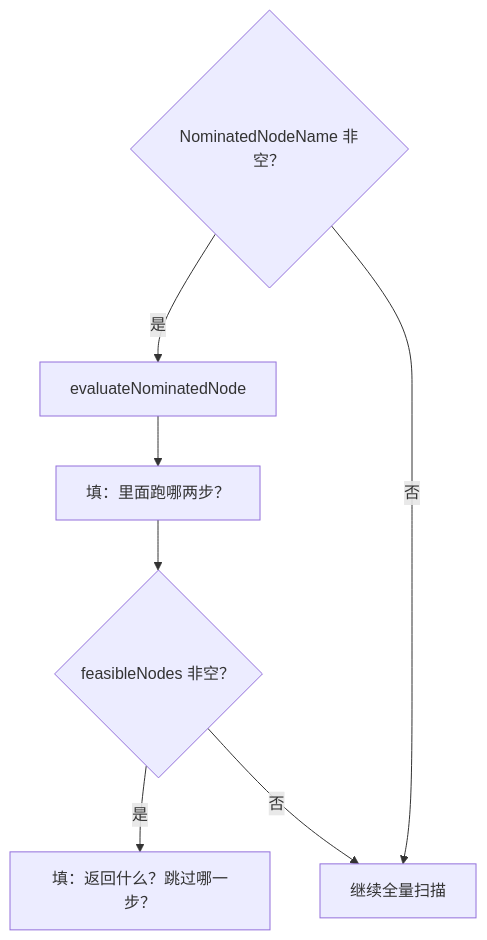
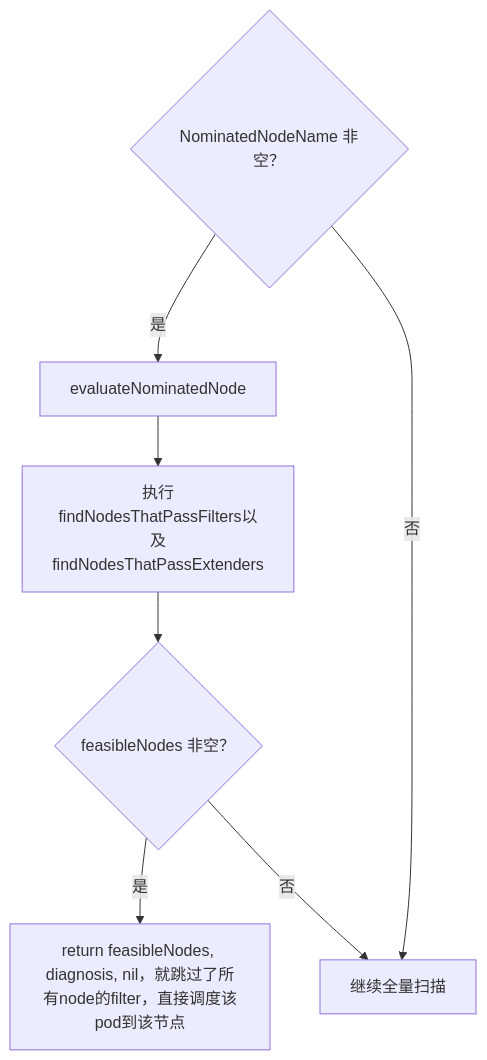
Before and after one commit to 664182893/scheduler: the sixth of 6 diagrams in docs/worksheet-T1-1-flowchart.md, drawn with Mermaid. The commit also changed other lines of this file, not shown here.

Commit message:
Fill step 4 Diagnosis worksheet

````diff
--- a/docs/worksheet-T1-1-flowchart.md
+++ b/docs/worksheet-T1-1-flowchart.md
@@ -88,9 +102,9 @@
 ```mermaid
 graph TD
   A{"NominatedNodeName 非空？"} -->|"是"| B["evaluateNominatedNode"]
-  B --> C["填：里面跑哪两步？"]
+  B --> C["执行findNodesThatPassFilters以及findNodesThatPassExtenders"]
   C --> D{"feasibleNodes 非空？"}
-  D -->|"是"| E["填：返回什么？跳过哪一步？"]
+  D -->|"是"| E["return feasibleNodes, diagnosis, nil，就跳过了所有node的filter，直接调度该pod到该节点"]
   D -->|"否"| F["继续全量扫描"]
   A -->|"否"| F
 ```
````
